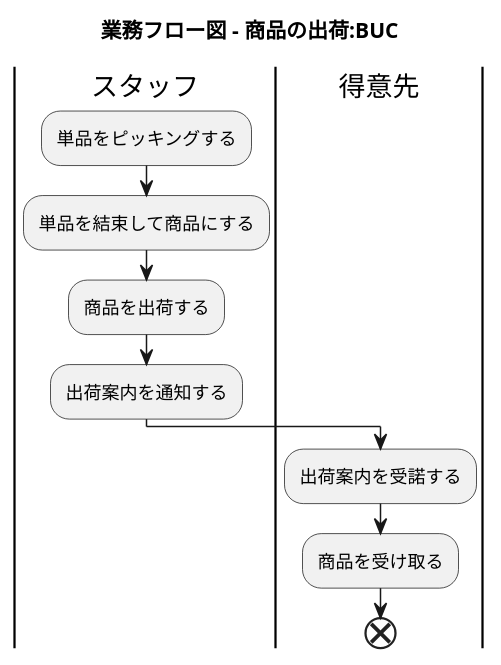
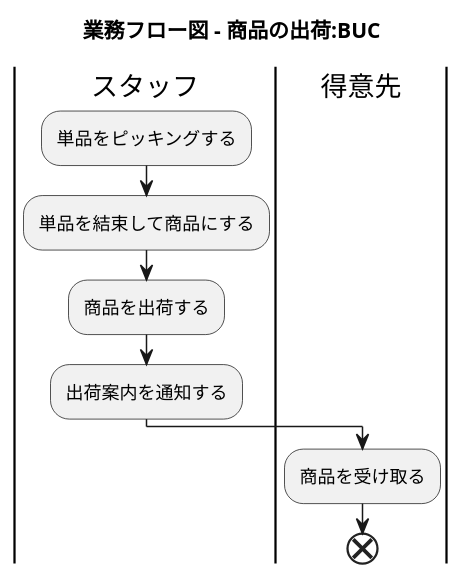
One commit to k2works/application_programing_excercise_2022 changed diagram 14 of 32 in docs/index.adoc. Above: the diagram before and after it, drawn with PlantUML.

Commit message:
docs: 業務フロー

```diff
--- a/docs/index.adoc
+++ b/docs/index.adoc
@@ -491,20 +491,19 @@
 [plantuml]
 ----
 @startuml
 
 title 業務フロー図 - 商品の出荷:BUC
 
 |スタッフ|
 :単品をピッキングする;
 :単品を結束して商品にする;
 :商品を出荷する;
 :出荷案内を通知する;
 
 |得意先|
-:出荷案内を受諾する;
 :商品を受け取る;
 
 end
 
 @enduml
 ----
```
